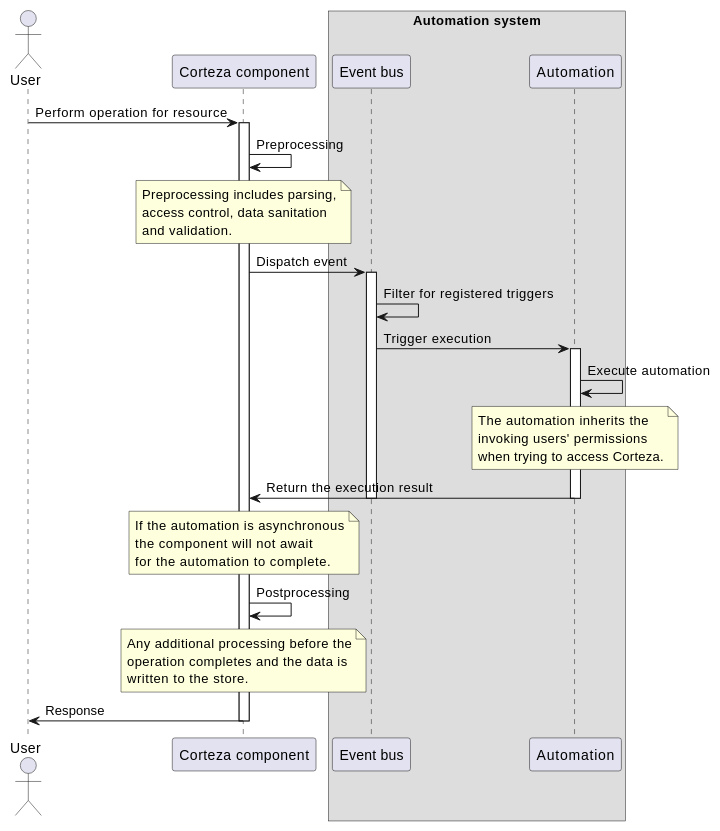
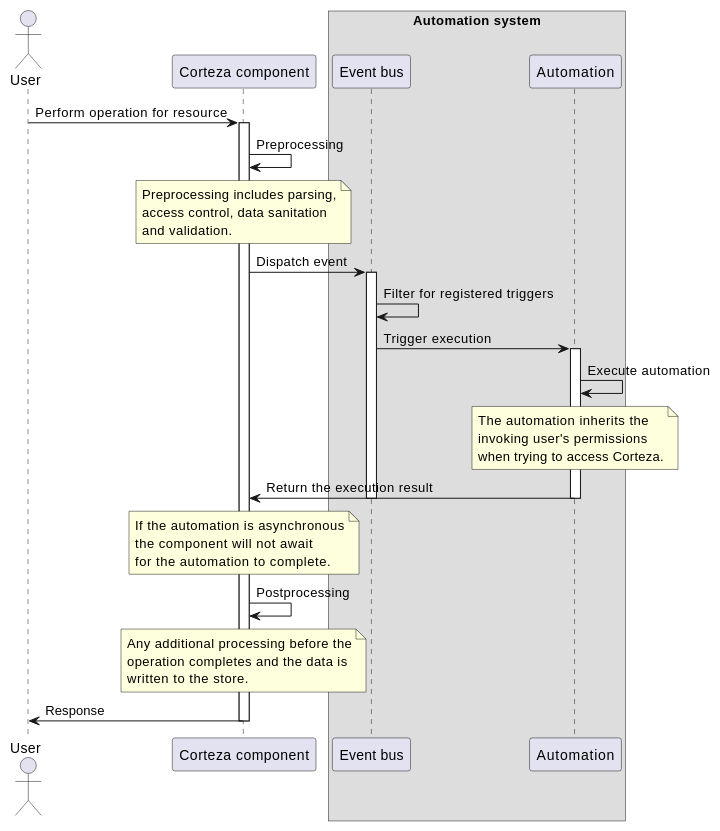
Before and after one commit to cortezaproject/corteza-docs: the second of 2 diagrams in src/modules/integrator-guide/pages/automation/index.adoc, drawn with PlantUML. The commit also changed other lines of this file and 7 other files, not shown here.

```diff
--- a/src/modules/integrator-guide/pages/automation/index.adoc
+++ b/src/modules/integrator-guide/pages/automation/index.adoc
@@ -123,63 +124,63 @@
 [plantuml,internals-overview,svg,role="internals-overview data-zoomable"]
 ----
 @startuml
 actor User as u
 participant "Corteza component" as cc
 
 u -> cc: Perform operation for resource
 
 activate cc
 
 cc -> cc: Preprocessing
 note over cc
 Preprocessing includes parsing,
 access control, data sanitation
 and validation.
 end note
 
 box "Automation system"
 
 participant "Event bus" as evtbs
 
 cc -> evtbs: Dispatch event
 
 activate evtbs
 evtbs -> evtbs: Filter for registered triggers
 
 participant "Automation" as aa
 
 evtbs -> aa: Trigger execution
 
 activate aa
 
 aa -> aa: Execute automation
 note over aa
 The automation inherits the
-invoking users' permissions
+invoking user's permissions
 when trying to access Corteza.
 end note
 
 aa -> cc: Return the execution result
 note over cc
 If the automation is asynchronous
 the component will not await
 for the automation to complete.
 end note
 
 deactivate aa
 deactivate evtbs
 
 end box
 
 cc -> cc: Postprocessing
 note over cc
 Any additional processing before the
 operation completes and the data is
 written to the store.
 end note
 
 cc -> u: Response
 
 deactivate cc
 @enduml
 ----
```
